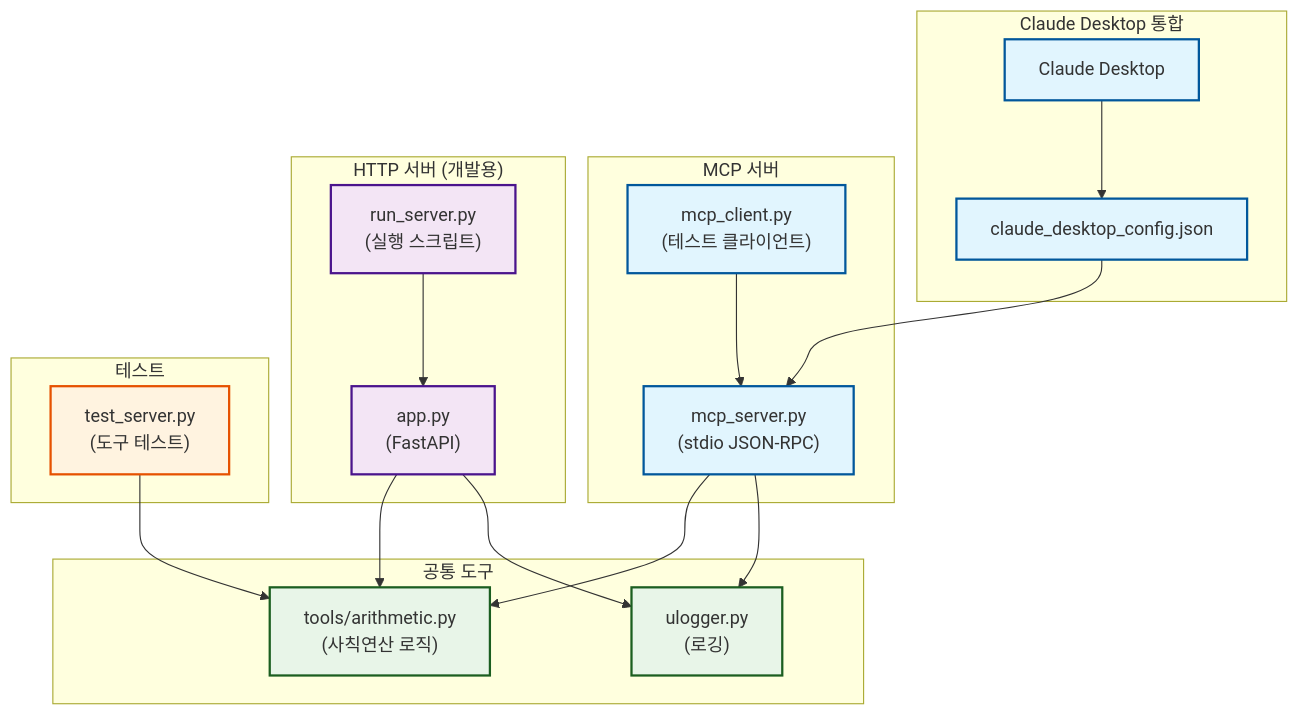
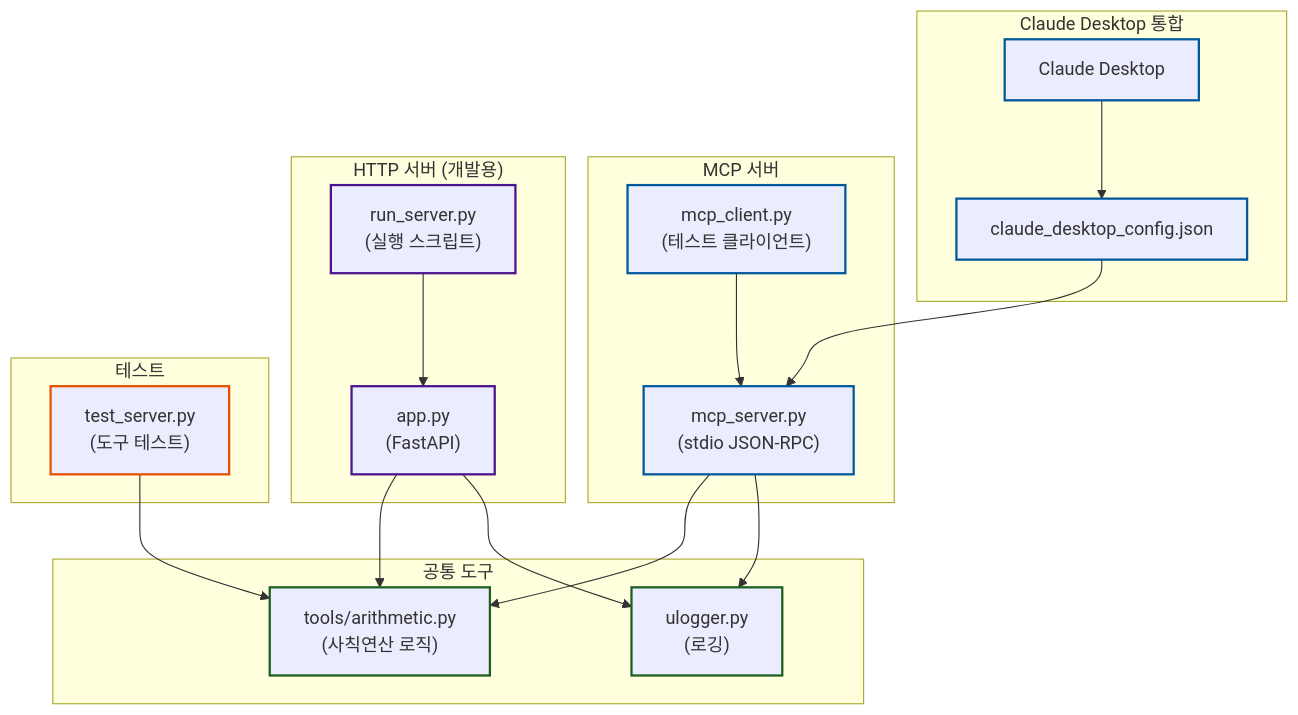
Before and after one commit to c0z0c/sprint_mission: the diagram in 스터디/MCP_arithmetic/README.md, drawn with Mermaid. The commit also changed 2 other files, not shown here.

Commit message:
제목 및 오타 수정

````diff
--- a/스터디/MCP_arithmetic/README.md
+++ b/스터디/MCP_arithmetic/README.md
@@ -168,47 +168,47 @@
 ```mermaid
 graph TB
     subgraph "Claude Desktop 통합"
         CD["Claude Desktop"]
         CONFIG["claude_desktop_config.json"]
     end
     
     subgraph "MCP 서버"
         MCP["mcp_server.py<br/>(stdio JSON-RPC)"]
         CLIENT["mcp_client.py<br/>(테스트 클라이언트)"]
     end
     
     subgraph "HTTP 서버 (개발용)"
         HTTP["app.py<br/>(FastAPI)"]
         RUN["run_server.py<br/>(실행 스크립트)"]
     end
     
     subgraph "공통 도구"
         TOOLS["tools/arithmetic.py<br/>(사칙연산 로직)"]
         LOGGER["ulogger.py<br/>(로깅)"]
     end
     
     subgraph "테스트"
         TEST["test_server.py<br/>(도구 테스트)"]
     end
     
     CD --> CONFIG
     CONFIG --> MCP
     MCP --> TOOLS
     CLIENT --> MCP
     HTTP --> TOOLS
     RUN --> HTTP
     TEST --> TOOLS
     
     MCP --> LOGGER
     HTTP --> LOGGER
     
-    classDef mcpStyle fill:#e1f5fe,stroke:#01579b,stroke-width:2px
-    classDef httpStyle fill:#f3e5f5,stroke:#4a148c,stroke-width:2px
-    classDef toolStyle fill:#e8f5e8,stroke:#1b5e20,stroke-width:2px
-    classDef testStyle fill:#fff3e0,stroke:#e65100,stroke-width:2px
+    classDef mcpStyle stroke-width:2px,stroke:#e1f5fe,stroke:#01579b,stroke-width:2px
+    classDef httpStyle stroke-width:2px,stroke:#f3e5f5,stroke:#4a148c,stroke-width:2px
+    classDef toolStyle stroke-width:2px,stroke:#e8f5e8,stroke:#1b5e20,stroke-width:2px
+    classDef testStyle stroke-width:2px,stroke:#fff3e0,stroke:#e65100,stroke-width:2px
     
     class MCP,CLIENT,CD,CONFIG mcpStyle
     class HTTP,RUN httpStyle
     class TOOLS,LOGGER toolStyle
     class TEST testStyle
 ```
````
